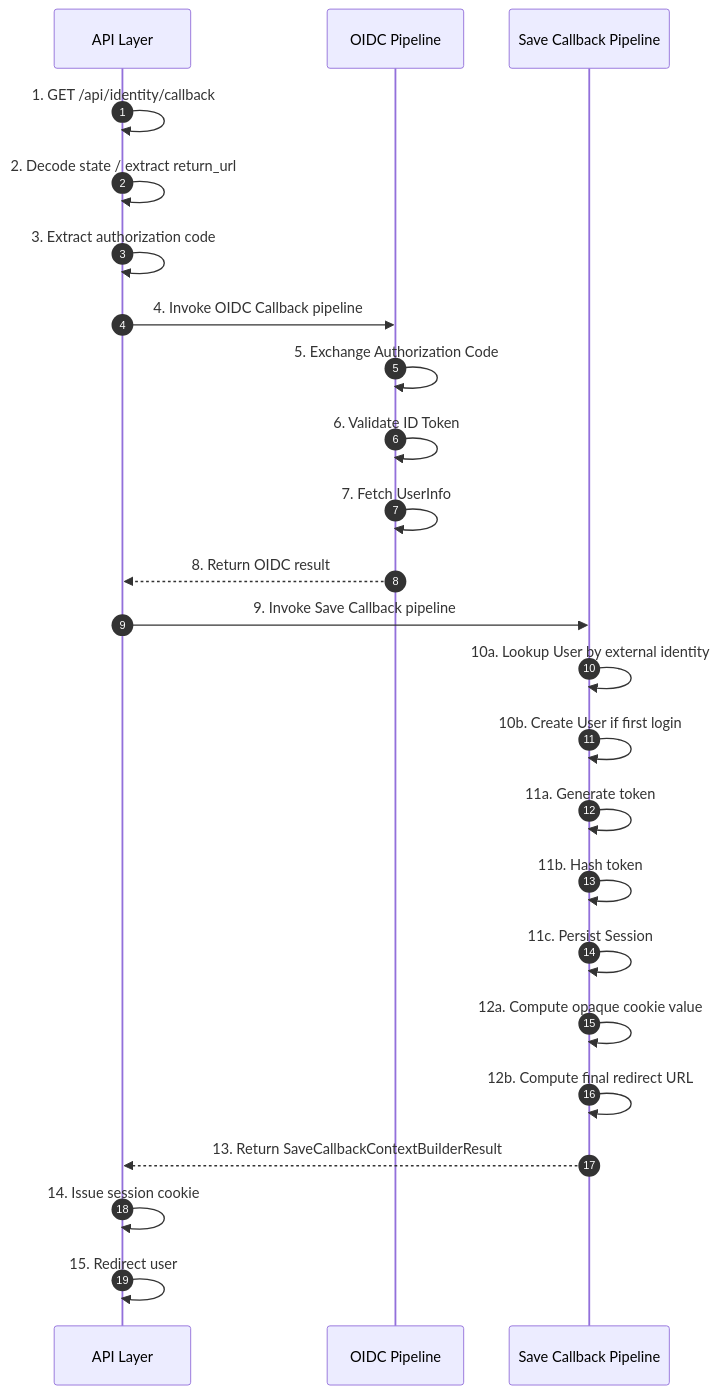
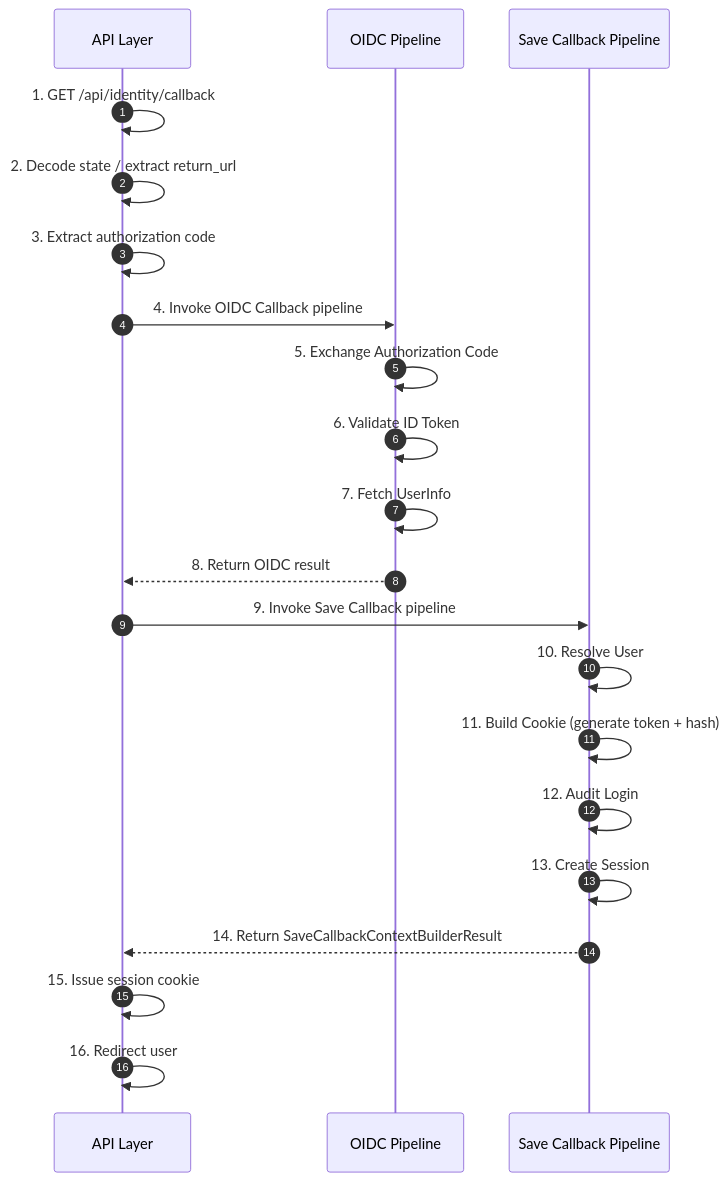
The diagram in docs/Frank/Identity/guides/developer/callback/README.md (FrankJHughes/camp-fit-fur-dogs), drawn with Mermaid before and after one commit. The commit also changed other lines of this file, not shown here.

Commit message:
document: re-align the callback swimlane

````diff
--- a/docs/Frank/Identity/guides/developer/callback/README.md
+++ b/docs/Frank/Identity/guides/developer/callback/README.md
@@ -24,35 +28,30 @@
 ```mermaid
 sequenceDiagram
     autonumber
 
     participant API as API Layer
     participant OIDC as OIDC Pipeline
     participant SAVE as Save Callback Pipeline
 
     API->>API: 1. GET /api/identity/callback
     API->>API: 2. Decode state / extract return_url
     API->>API: 3. Extract authorization code
 
     API->>OIDC: 4. Invoke OIDC Callback pipeline
     OIDC->>OIDC: 5. Exchange Authorization Code
     OIDC->>OIDC: 6. Validate ID Token
     OIDC->>OIDC: 7. Fetch UserInfo
     OIDC-->>API: 8. Return OIDC result
 
     API->>SAVE: 9. Invoke Save Callback pipeline
 
-    SAVE->>SAVE: 10a. Lookup User by external identity
-    SAVE->>SAVE: 10b. Create User if first login
+    SAVE->>SAVE: 10. Resolve User
+    SAVE->>SAVE: 11. Build Cookie (generate token + hash)
+    SAVE->>SAVE: 12. Audit Login
+    SAVE->>SAVE: 13. Create Session
 
-    SAVE->>SAVE: 11a. Generate token
-    SAVE->>SAVE: 11b. Hash token
-    SAVE->>SAVE: 11c. Persist Session
+    SAVE-->>API: 14. Return SaveCallbackContextBuilderResult
 
-    SAVE->>SAVE: 12a. Compute opaque cookie value
-    SAVE->>SAVE: 12b. Compute final redirect URL
-
-    SAVE-->>API: 13. Return SaveCallbackContextBuilderResult
-
-    API->>API: 14. Issue session cookie
-    API->>API: 15. Redirect user
+    API->>API: 15. Issue session cookie
+    API->>API: 16. Redirect user
 ```
````
